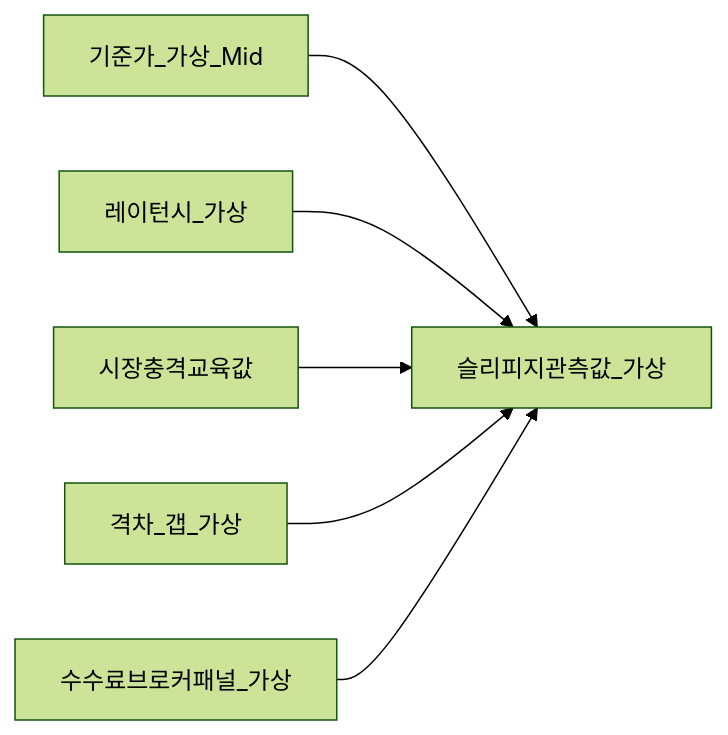
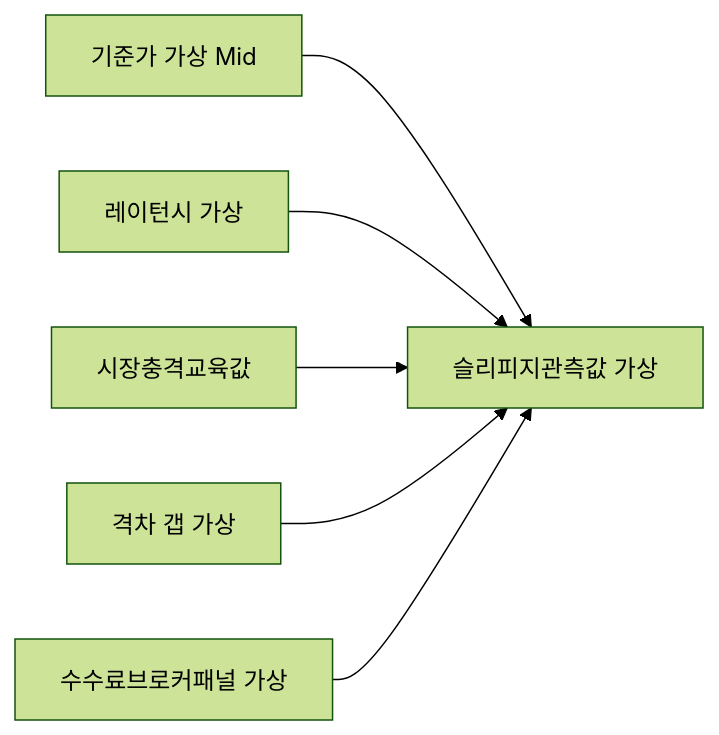
Before and after one commit to goldanghenry/Finances: the second of 2 diagrams in 03-markets/order-types-execution.md, drawn with Mermaid (forest theme). The commit also changed other lines of this file and 211 other files, not shown here.

````diff
--- a/03-markets/order-types-execution.md
+++ b/03-markets/order-types-execution.md
@@ -147,8 +156,8 @@
 ```mermaid
 flowchart LR
-  MID[기준가_가상_Mid] --> SL[슬리피지관측값_가상]
-  LAT[레이턴시_가상] --> SL
+  MID["기준가 가상 Mid"] --> SL["슬리피지관측값 가상"]
+  LAT["레이턴시 가상"] --> SL
   IMPACT[시장충격교육값] --> SL
-  GAP[격차_갭_가상] --> SL
-  FEE[수수료브로커패널_가상] --> SL
+  GAP["격차 갭 가상"] --> SL
+  FEE["수수료브로커패널 가상"] --> SL
 ```
````
